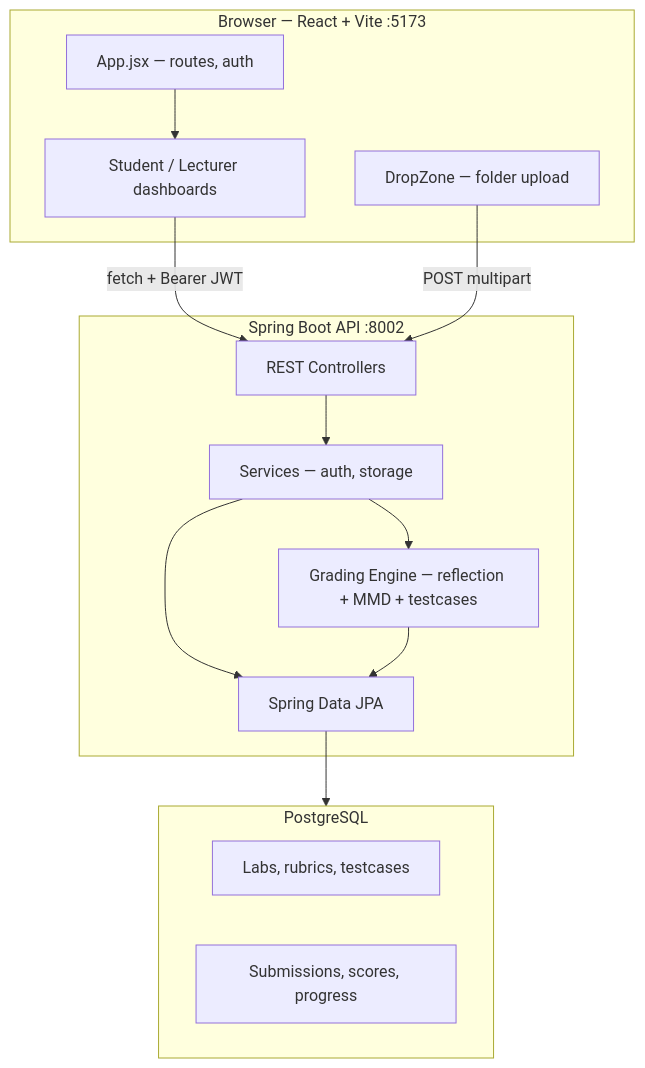
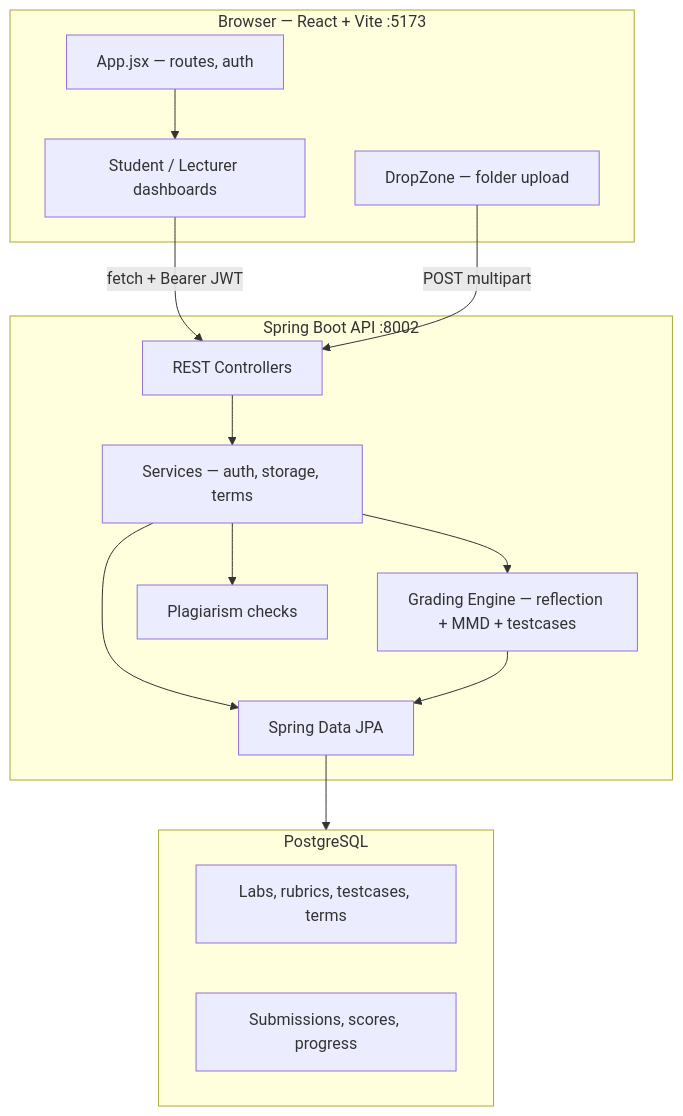
The second of 2 diagrams in README.md (Project-G5741/OOP-AutoGrader), drawn with Mermaid before and after one commit. The commit also changed other lines of this file, not shown here.

````diff
--- a/README.md
+++ b/README.md
@@ -67,29 +76,31 @@
 ```mermaid
 flowchart TB
     subgraph Browser["Browser — React + Vite :5173"]
         App["App.jsx — routes, auth"]
         Pages["Student / Lecturer dashboards"]
         DropZone["DropZone — folder upload"]
     end
 
     subgraph API["Spring Boot API :8002"]
         Controllers["REST Controllers"]
-        Services["Services — auth, storage"]
+        Services["Services — auth, storage, terms"]
         Grading["Grading Engine — reflection + MMD + testcases"]
+        Plagiarism["Plagiarism checks"]
         JPA["Spring Data JPA"]
     end
 
     subgraph DB["PostgreSQL"]
-        Rubric["Labs, rubrics, testcases"]
+        Rubric["Labs, rubrics, testcases, terms"]
         Results["Submissions, scores, progress"]
     end
 
     App --> Pages
     Pages -->|"fetch + Bearer JWT"| Controllers
     DropZone -->|"POST multipart"| Controllers
     Controllers --> Services
     Services --> Grading
+    Services --> Plagiarism
     Services --> JPA
     Grading --> JPA
     JPA --> DB
 ```
````
